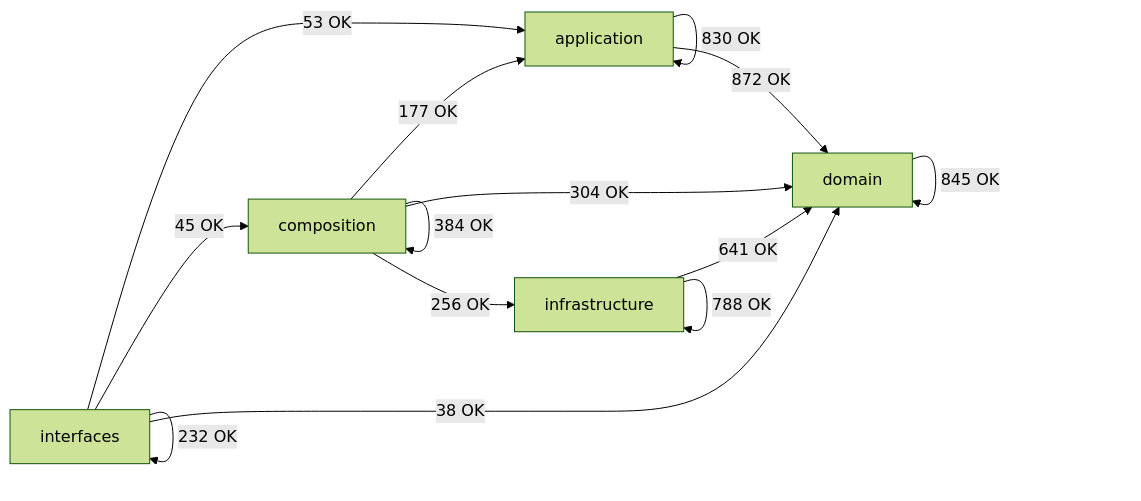
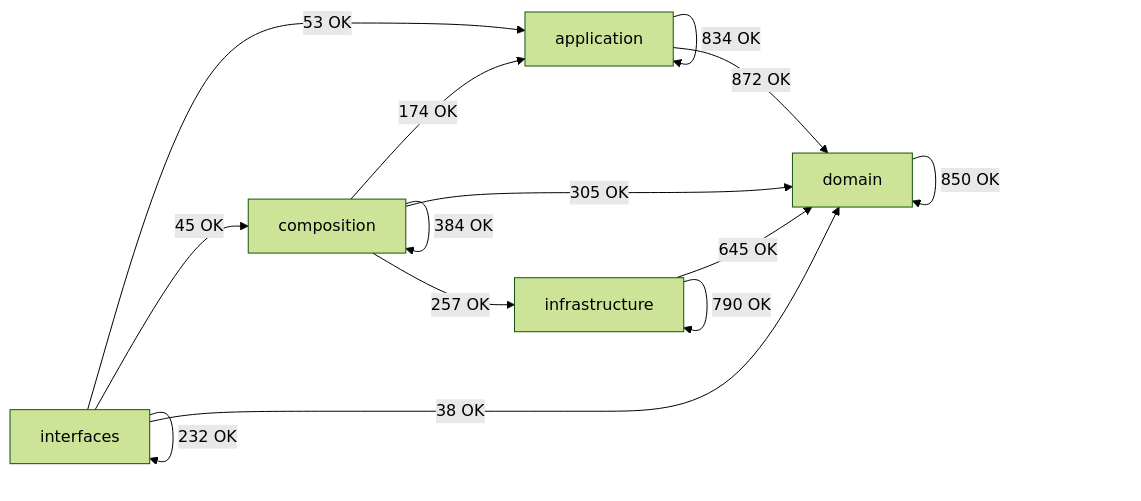
Before and after one commit to SatoryKono/BioactivityDataAcquisition: the diagram in docs/02-architecture/generated/module-dependency-map.md, drawn with Mermaid (forest theme). The commit also changed other lines of this file and 29 other files, not shown here.

````diff
--- a/docs/02-architecture/generated/module-dependency-map.md
+++ b/docs/02-architecture/generated/module-dependency-map.md
@@ -17,21 +17,21 @@
 ```mermaid
 flowchart LR
     domain[domain]
     application[application]
     infrastructure[infrastructure]
     composition[composition]
     interfaces[interfaces]
-    application -->|830 OK| application
+    application -->|834 OK| application
     application -->|872 OK| domain
-    composition -->|177 OK| application
+    composition -->|174 OK| application
     composition -->|384 OK| composition
-    composition -->|304 OK| domain
-    composition -->|256 OK| infrastructure
-    domain -->|845 OK| domain
-    infrastructure -->|641 OK| domain
-    infrastructure -->|788 OK| infrastructure
+    composition -->|305 OK| domain
+    composition -->|257 OK| infrastructure
+    domain -->|850 OK| domain
+    infrastructure -->|645 OK| domain
+    infrastructure -->|790 OK| infrastructure
     interfaces -->|53 OK| application
     interfaces -->|45 OK| composition
     interfaces -->|38 OK| domain
     interfaces -->|232 OK| interfaces
 ```
````
